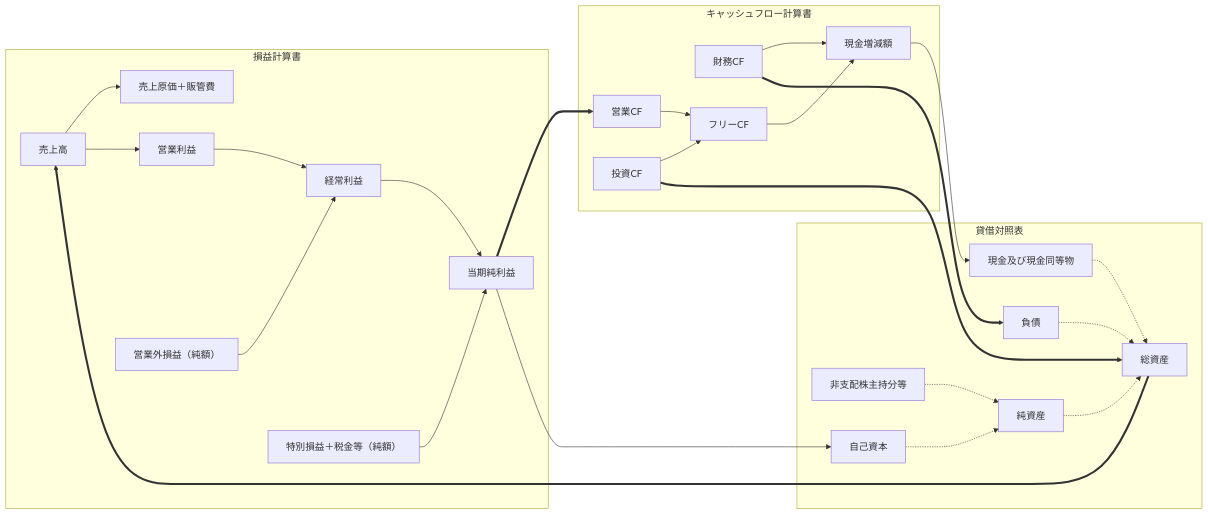
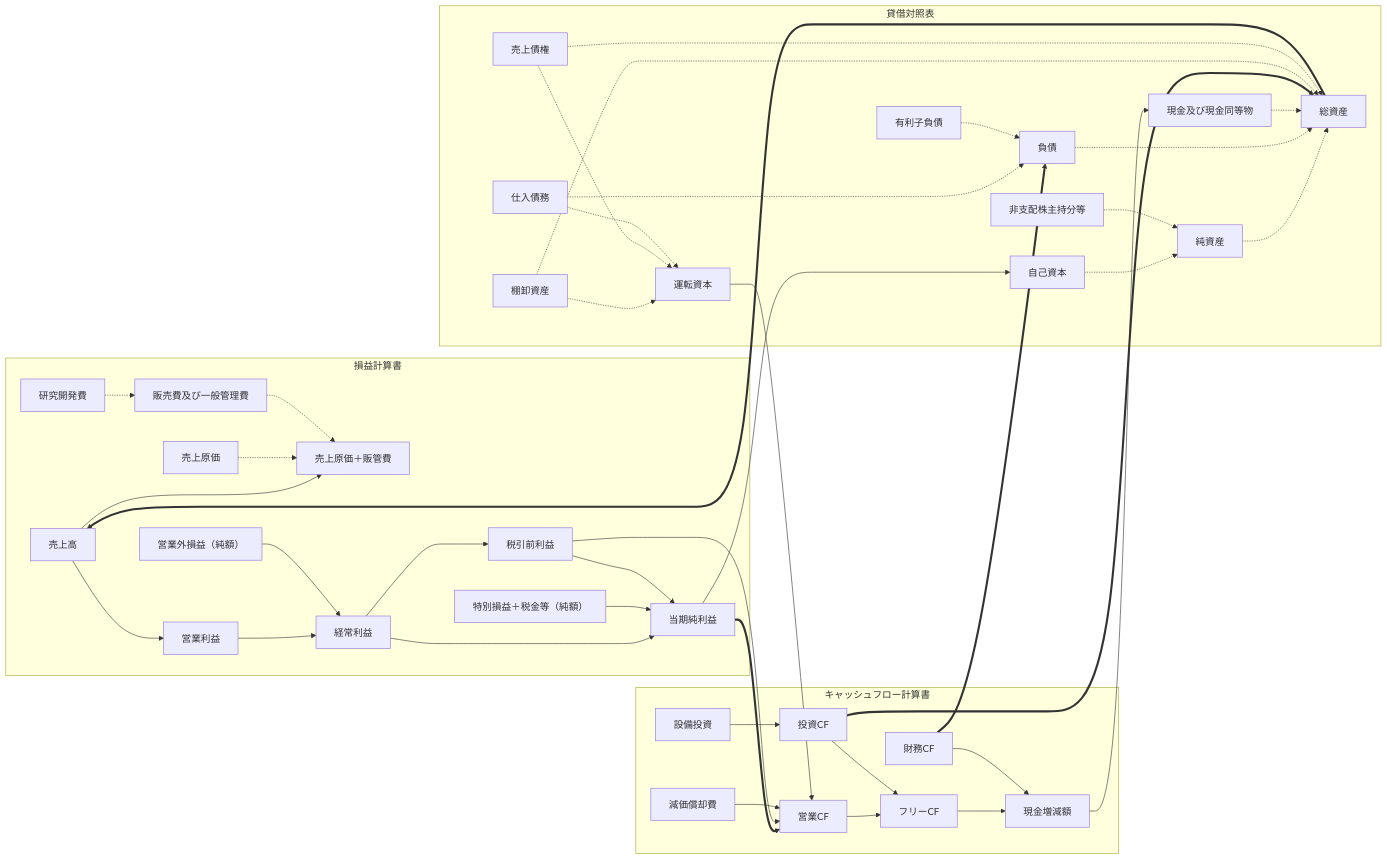
The diagram in docs/ACCOUNTING_GRAPH.md (shunshun0904/growthstock), drawn with Mermaid before and after one commit. The commit also changed other lines of this file and 11 other files, not shown here.

````diff
--- a/docs/ACCOUNTING_GRAPH.md
+++ b/docs/ACCOUNTING_GRAPH.md
@@ -130,48 +173,75 @@
 ```mermaid
 graph LR
   subgraph PL[損益計算書]
     sales["売上高"]
     cogs_sga["売上原価＋販管費"]
     op["営業利益"]
     non_op_net["営業外損益（純額）"]
     ordinary_profit["経常利益"]
     special_tax_net["特別損益＋税金等（純額）"]
     net_income["当期純利益"]
+    cost_of_sales["売上原価"]
+    sga["販売費及び一般管理費"]
+    rnd["研究開発費"]
+    pretax_profit["税引前利益"]
   end
   subgraph BS[貸借対照表]
     total_assets["総資産"]
     liabilities["負債"]
     equity["純資産"]
     minority_etc["非支配株主持分等"]
     shareholders_equity["自己資本"]
     cash["現金及び現金同等物"]
+    inventories["棚卸資産"]
+    trade_receivables["売上債権"]
+    trade_payables["仕入債務"]
+    working_capital["運転資本"]
+    interest_bearing_debt["有利子負債"]
   end
   subgraph CF[キャッシュフロー計算書]
     cfo["営業CF"]
     cfi["投資CF"]
     cff["財務CF"]
     fcf["フリーCF"]
     net_cash_chg["現金増減額"]
+    depreciation["減価償却費"]
+    capex["設備投資"]
   end
   sales --> cogs_sga
   sales --> op
   op --> ordinary_profit
   non_op_net --> ordinary_profit
   ordinary_profit --> net_income
   special_tax_net --> net_income
   net_income ==> cfo
   cfo --> fcf
   cfi --> fcf
   fcf --> net_cash_chg
   cff --> net_cash_chg
   net_cash_chg --> cash
   net_income --> shareholders_equity
   shareholders_equity -.-> equity
   minority_etc -.-> equity
   equity -.-> total_assets
   liabilities -.-> total_assets
   cash -.-> total_assets
   total_assets ==> sales
   cfi ==> total_assets
   cff ==> liabilities
+  cost_of_sales -.-> cogs_sga
+  sga -.-> cogs_sga
+  rnd -.-> sga
+  ordinary_profit --> pretax_profit
+  pretax_profit --> net_income
+  pretax_profit --> cfo
+  depreciation --> cfo
+  working_capital --> cfo
+  inventories -.-> working_capital
+  trade_receivables -.-> working_capital
+  trade_payables -.-> working_capital
+  capex --> cfi
+  inventories -.-> total_assets
+  trade_receivables -.-> total_assets
+  trade_payables -.-> liabilities
+  interest_bearing_debt -.-> liabilities
 ```
````
